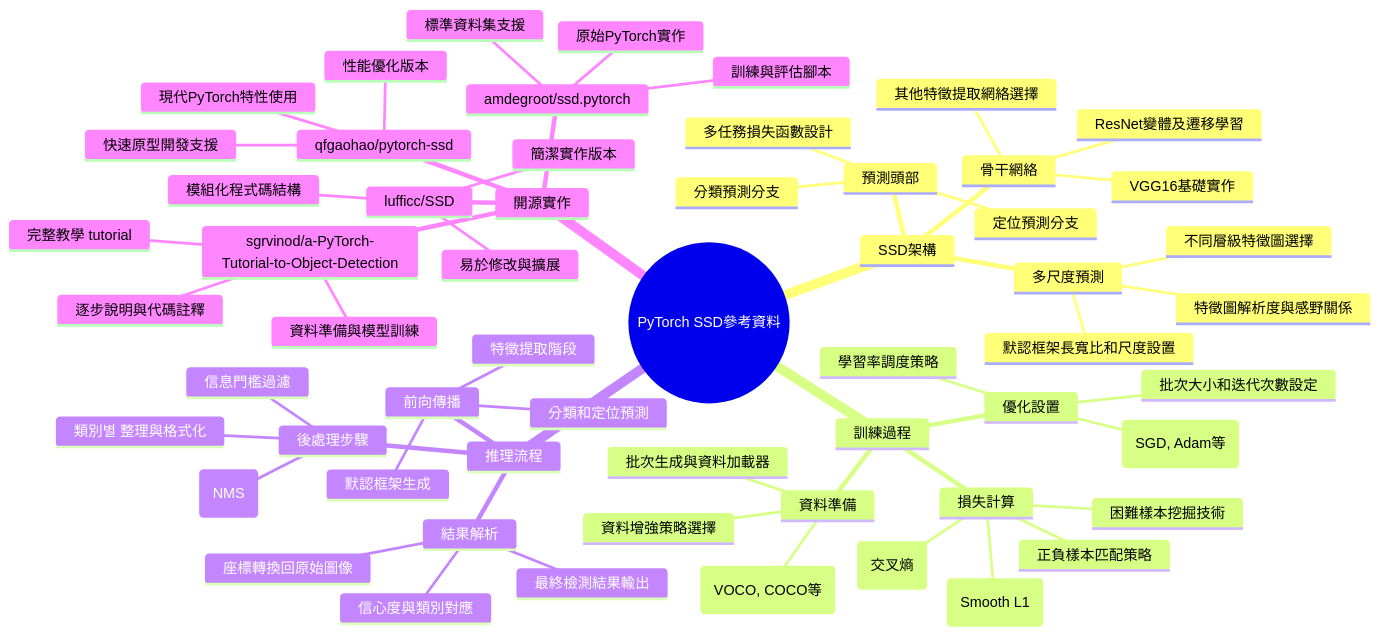
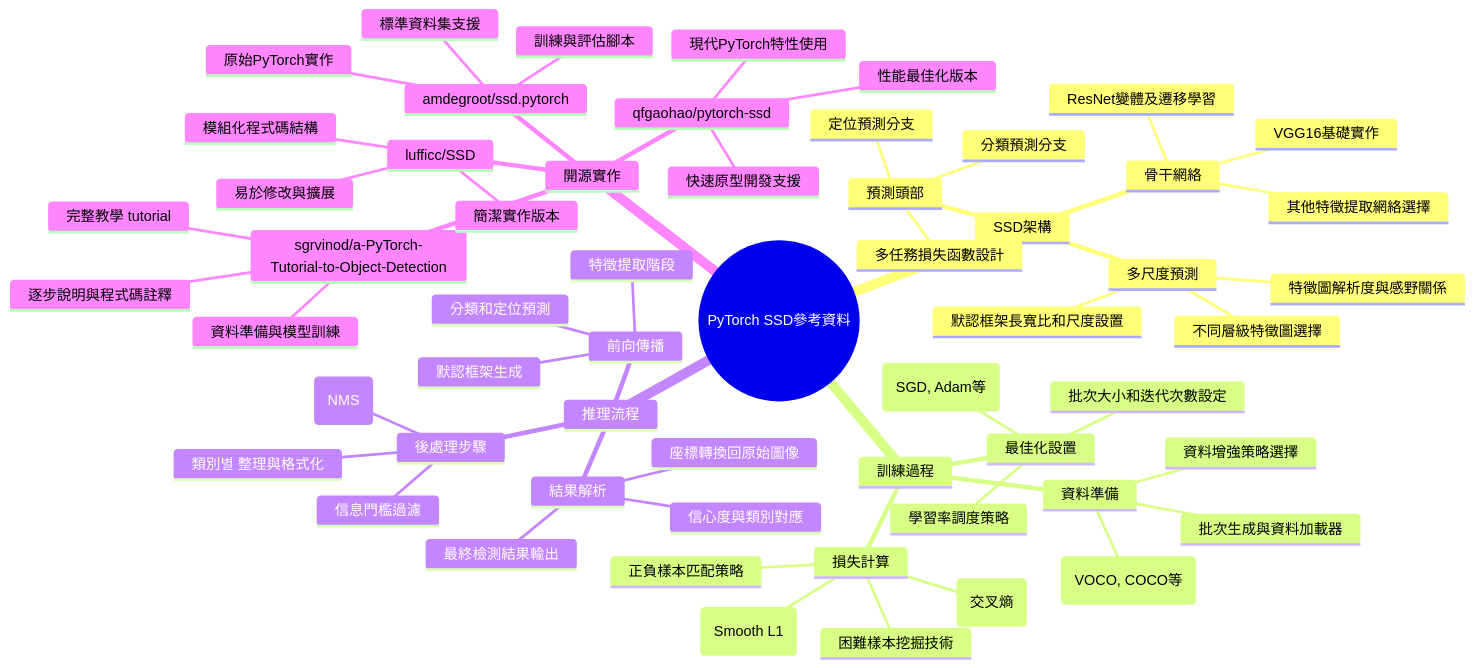
The diagram in LLM_Wiki/wiki/AI_system/pytorch-ssd-reference.md (xansxuss/OBSIDIAN_NOTES), drawn with Mermaid before and after one commit. The commit also changed other lines of this file and 288 other files, not shown here.

````diff
--- a/LLM_Wiki/wiki/AI_system/pytorch-ssd-reference.md
+++ b/LLM_Wiki/wiki/AI_system/pytorch-ssd-reference.md
@@ -48,61 +62,61 @@
 ```mermaid
 mindmap
   root((PyTorch SSD參考資料))
     SSD架構
       骨干網絡
         VGG16基礎實作
         ResNet變體及遷移學習
         其他特徵提取網絡選擇
       多尺度預測
         不同層級特徵圖選擇
         默認框架長寬比和尺度設置
         特徵圖解析度與感野關係
       預測頭部
         分類預測分支
         定位預測分支
         多任務損失函數設計
     訓練過程
       資料準備
         標註格式轉換 (VOCO, COCO等)
         資料增強策略選擇
         批次生成與資料加載器
       損失計算
         正負樣本匹配策略
         分類損失計算 (交叉熵)
         定位損失計算 (Smooth L1)
         困難樣本挖掘技術
-      優化設置
-        優化器選擇 (SGD, Adam等)
+      最佳化設置
+        最佳化器選擇 (SGD, Adam等)
         學習率調度策略
         批次大小和迭代次數設定
     推理流程
       前向傳播
         特徵提取階段
         默認框架生成
         分類和定位預測
       後處理步驟
         信息門檻過濾
         非極大值抑制 (NMS)
         類別별 整理與格式化
       結果解析
         座標轉換回原始圖像
         信心度與類別對應
         最終檢測結果輸出
     開源實作
       amdegroot/ssd.pytorch
         原始PyTorch實作
         標準資料集支援
         訓練與評估腳本
       sgrvinod/a-PyTorch-Tutorial-to-Object-Detection
         完整教學 tutorial
-        逐步說明與代碼註釋
+        逐步說明與程式碼註釋
         資料準備與模型訓練
       lufficc/SSD
         簡潔實作版本
         模組化程式碼結構
         易於修改與擴展
       qfgaohao/pytorch-ssd
-        性能優化版本
+        性能最佳化版本
         現代PyTorch特性使用
         快速原型開發支援
 ```
````
